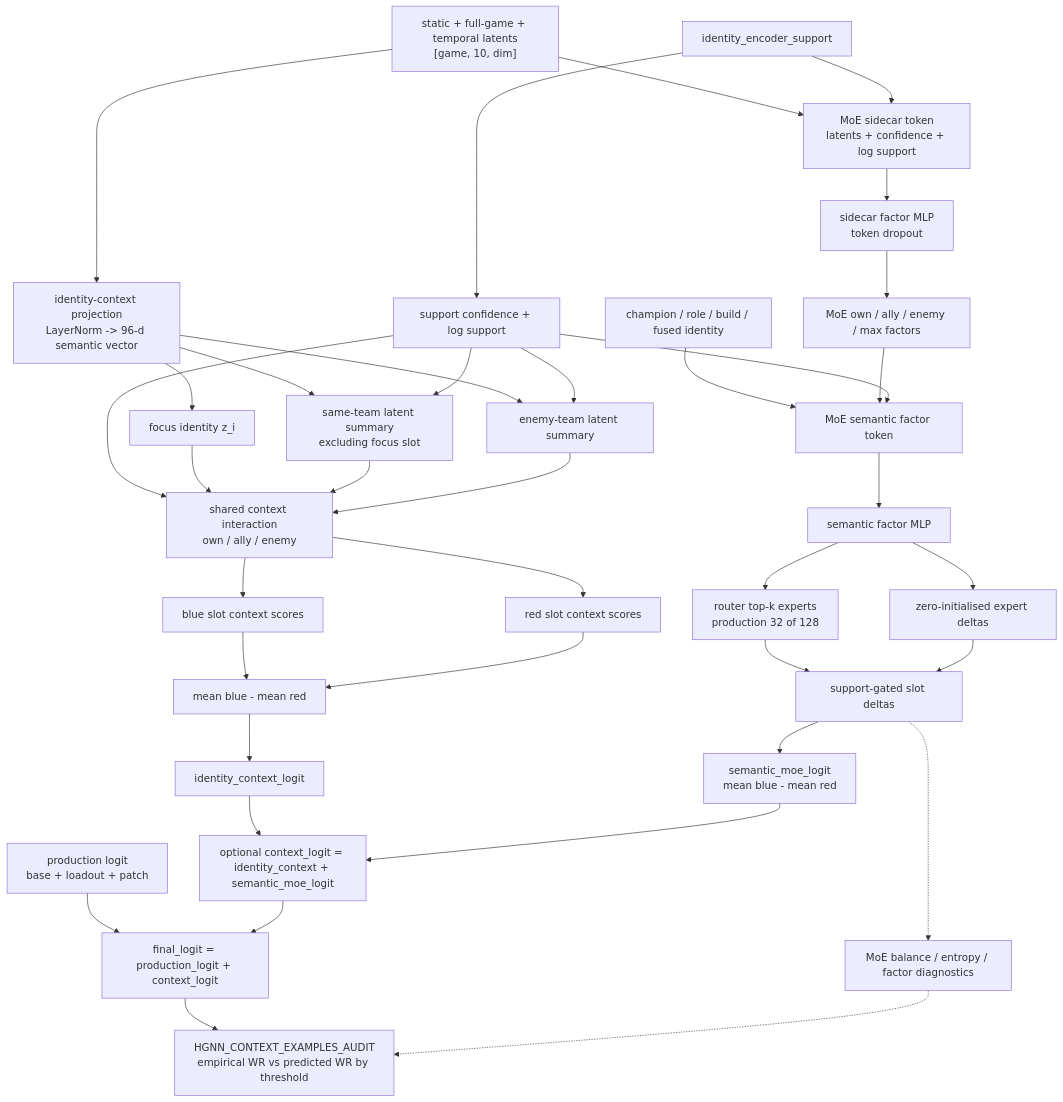
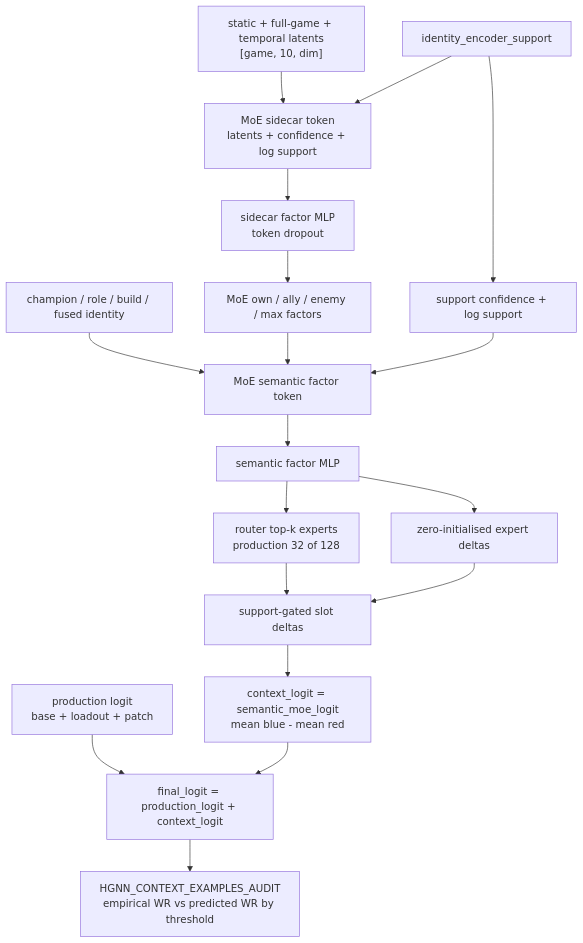
The second of 2 diagrams in app/ml/documentation/HGNN_CURRENT.md (JackLGZimmerman/riot-api-ecosystem), drawn with Mermaid before and after one commit. The commit also changed other lines of this file and 28 other files, not shown here.

````diff
--- a/app/ml/documentation/HGNN_CURRENT.md
+++ b/app/ml/documentation/HGNN_CURRENT.md
@@ -357,46 +338,22 @@
 ```mermaid
 flowchart TD
-    sidecars["static + full-game + temporal latents<br/>[game, 10, dim]"] --> proj["identity-context projection<br/>LayerNorm -> 96-d semantic vector"]
     support["identity_encoder_support"] --> gate["support confidence + log support"]
-
-    proj --> own["focus identity z_i"]
-    proj --> allies["same-team latent summary<br/>excluding focus slot"]
-    proj --> enemies["enemy-team latent summary"]
-
-    gate --> allies
-    gate --> enemies
-    gate --> score
-
-    own --> score["shared context interaction<br/>own / ally / enemy"]
-    allies --> score
-    enemies --> score
-
-    score --> blue["blue slot context scores"]
-    score --> red["red slot context scores"]
-    blue --> diff["mean blue - mean red"]
-    red --> diff
-    diff --> identity_context["identity_context_logit"]
-
-    sidecars --> sidecar_token["MoE sidecar token<br/>latents + confidence + log support"]
+    sidecars["static + full-game + temporal latents<br/>[game, 10, dim]"] --> sidecar_token["MoE sidecar token<br/>latents + confidence + log support"]
     support --> sidecar_token
     sidecar_token --> sidecar_factor["sidecar factor MLP<br/>token dropout"]
     sidecar_factor --> moe_context["MoE own / ally / enemy / max factors"]
     identity["champion / role / build / fused identity"] --> moe_token["MoE semantic factor token"]
     moe_context --> moe_token
     gate --> moe_token
     moe_token --> factor["semantic factor MLP"]
     factor --> router["router top-k experts<br/>production 32 of 128"]
     factor --> experts["zero-initialised expert deltas"]
     router --> moe_slots["support-gated slot deltas"]
     experts --> moe_slots
-    moe_slots --> moe_logit["semantic_moe_logit<br/>mean blue - mean red"]
-    moe_slots -.-> moe_diag["MoE balance / entropy / factor diagnostics"]
+    moe_slots --> context["context_logit = semantic_moe_logit<br/>mean blue - mean red"]
 
     production["production logit<br/>base + loadout + patch"] --> final["final_logit = production_logit + context_logit"]
-    identity_context --> context["optional context_logit = identity_context + semantic_moe_logit"]
-    moe_logit --> context
     context --> final
 
     final --> audit["HGNN_CONTEXT_EXAMPLES_AUDIT<br/>empirical WR vs predicted WR by threshold"]
-    moe_diag -.-> audit
 ```
````
